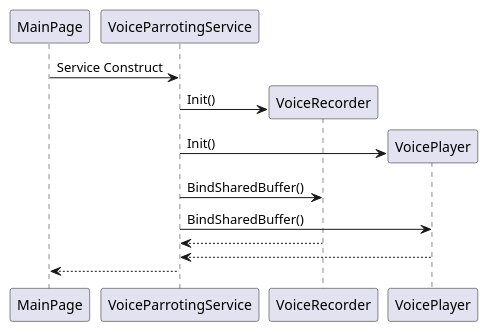
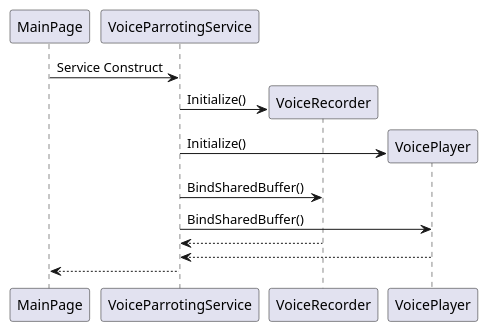
The diagram in uml/SequenceDiagram_ServiceConstruct.puml (tatsuya19871219/MauiVoiceParrotingApp), drawn with PlantUML before and after one commit. The commit also changed 4 other files, not shown here.

```diff
--- a/uml/SequenceDiagram_ServiceConstruct.puml
+++ b/uml/SequenceDiagram_ServiceConstruct.puml
@@ -1,18 +1,18 @@
 @startuml VoiceParrotingSequence_ServiceConstruct
 participant MainPage
 participant VoiceParrotingService as Service
 MainPage -> Service : Service Construct
 create VoiceRecorder
-Service -> VoiceRecorder : Init() 
+Service -> VoiceRecorder : Initialize() 
 create VoicePlayer
-Service -> VoicePlayer : Init()
+Service -> VoicePlayer : Initialize()
 
 Service -> VoiceRecorder : BindSharedBuffer()
 Service -> VoicePlayer : BindSharedBuffer()
 
 VoiceRecorder --> Service 
 VoicePlayer --> Service 
 
 Service --> MainPage 
 
 @enduml
```
